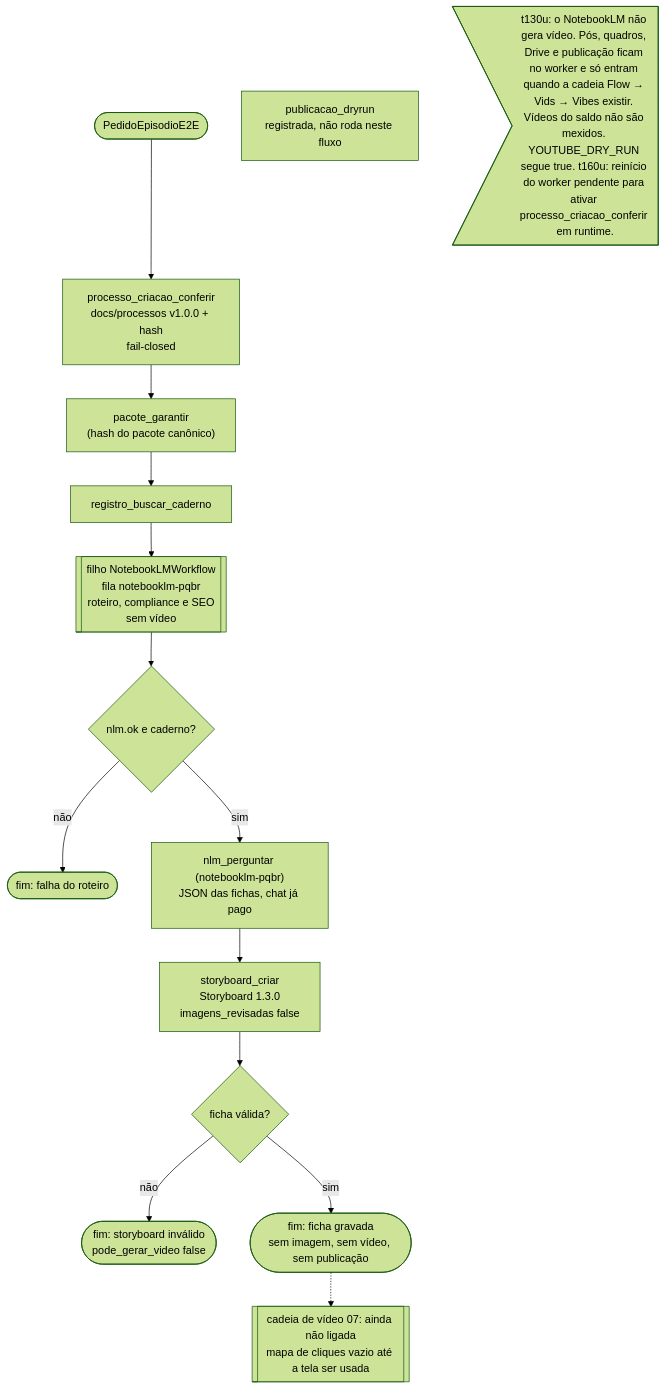
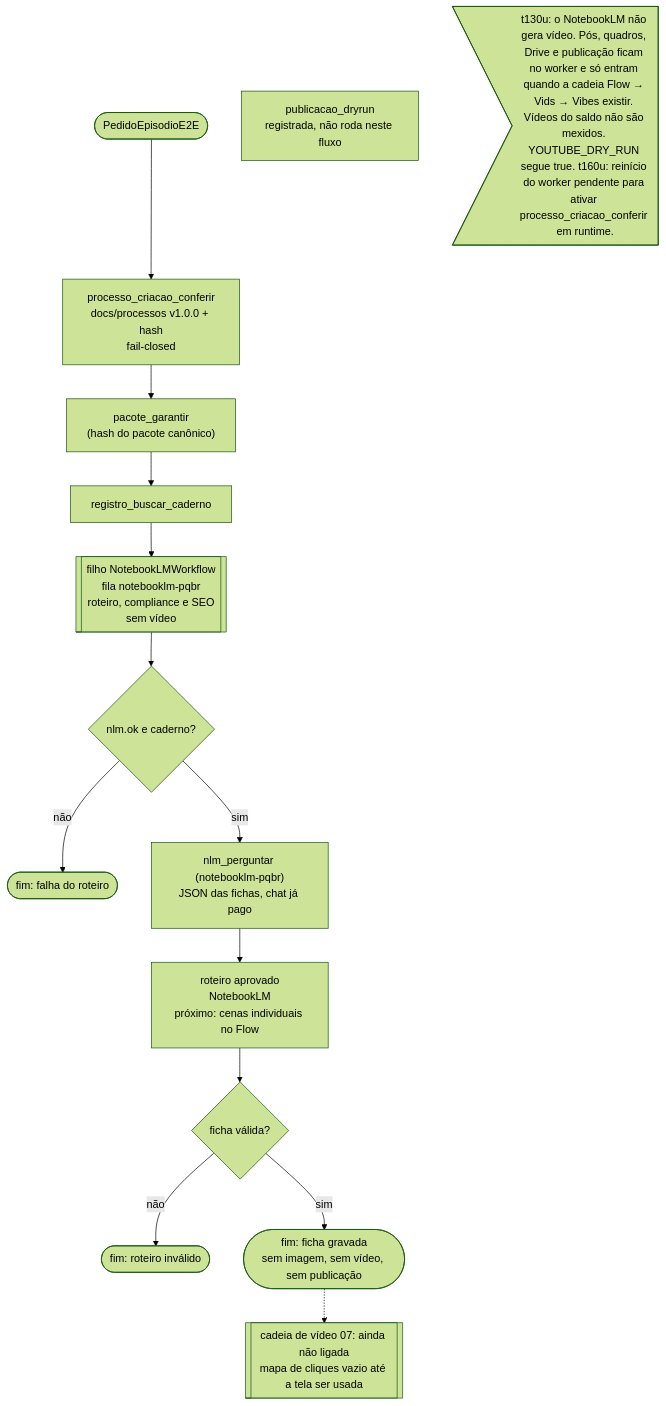
The diagram in docs/mapa/01-episodio.mmd (jvmendesjr/PQBR), drawn with Mermaid (forest theme) before and after one commit. The commit also changed 30 other files, not shown here.

First line of the commit message:
remocao(t-cenas): storyboard removido definitivamente; cenas individuais, agente primeiro (0.29.7)

```diff
--- a/docs/mapa/01-episodio.mmd
+++ b/docs/mapa/01-episodio.mmd
@@ -1,17 +1,17 @@
-%% EpisodioWorkflow (src/pqbr/workflows/episodio.py) — fila episodio-pqbr. t130u: para no storyboard. t160u: processo canônico.
+%% EpisodioWorkflow (src/pqbr/workflows/episodio.py) — fila episodio-pqbr. t130u: para no roteiro (storyboard removido 29/10/2026). t160u: processo canônico.
 flowchart TD
   S(["PedidoEpisodioE2E"]) --> PC["processo_criacao_conferir<br/>docs/processos v1.0.0 + hash<br/>fail-closed"]
   PC --> A1["pacote_garantir<br/>(hash do pacote canônico)"]
   A1 --> A2["registro_buscar_caderno"]
   A2 --> W1[["filho NotebookLMWorkflow<br/>fila notebooklm-pqbr<br/>roteiro, compliance e SEO<br/>sem vídeo"]]
   W1 --> D1{"nlm.ok e caderno?"}
   D1 -- não --> F1(["fim: falha do roteiro"])
   D1 -- sim --> A3["nlm_perguntar (notebooklm-pqbr)<br/>JSON das fichas, chat já pago"]
-  A3 --> A4["storyboard_criar<br/>Storyboard 1.3.0<br/>imagens_revisadas false"]
+  A3 --> A4["roteiro aprovado<br/>NotebookLM<br/>próximo: cenas individuais no Flow"]
   A4 --> D2{"ficha válida?"}
-  D2 -- não --> F2(["fim: storyboard inválido<br/>pode_gerar_video false"])
+  D2 -- não --> F2(["fim: roteiro inválido"])
   D2 -- sim --> F3(["fim: ficha gravada<br/>sem imagem, sem vídeo, sem publicação"])
   PUB["publicacao_dryrun<br/>registrada, não roda neste fluxo"]
   N>"t130u: o NotebookLM não gera vídeo. Pós, quadros, Drive e publicação ficam no worker e só entram quando a cadeia Flow → Vids → Vibes existir. Vídeos do saldo não são mexidos. YOUTUBE_DRY_RUN segue true. t160u: reinício do worker pendente para ativar processo_criacao_conferir em runtime."]
   CV[["cadeia de vídeo 07: ainda não ligada<br/>mapa de cliques vazio até a tela ser usada"]]
   F3 -.-> CV
```
